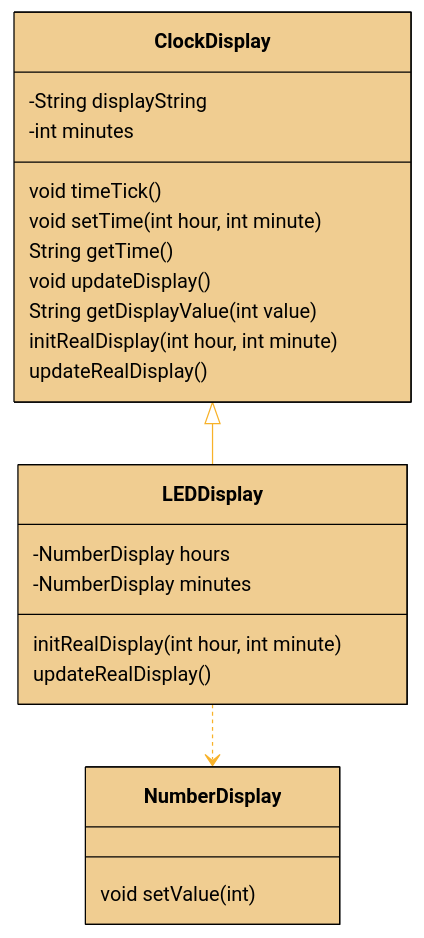
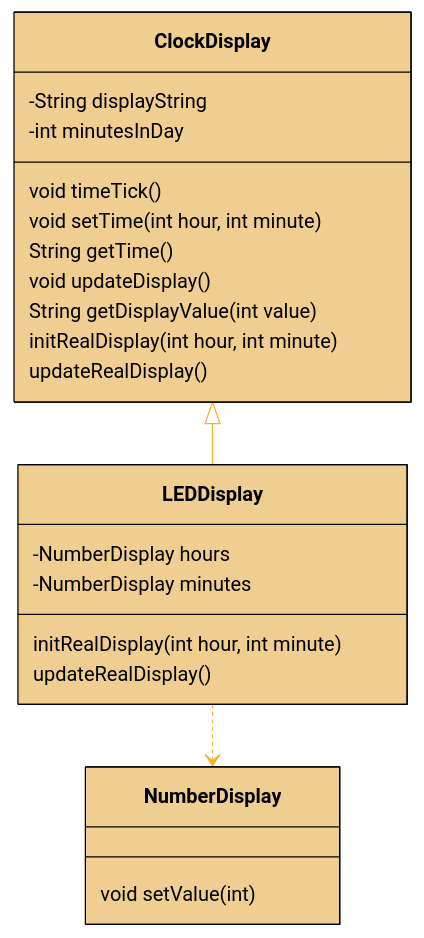
Before and after one commit to bkleinen/bkleinen.github.io: the first of 8 diagrams in hugo/content/material/info1/clock_display_refactoring/led_display.md, drawn with Mermaid. The commit also changed other lines of this file and 4 other files, not shown here.

````diff
--- a/hugo/content/material/info1/clock_display_refactoring/led_display.md
+++ b/hugo/content/material/info1/clock_display_refactoring/led_display.md
@@ -16,44 +16,44 @@
 ```mermaid
 %%{
   init: {
     'theme': 'base',
     'themeVariables': {
       'primaryColor': '#f0cd91', 
       'primaryTextColor': '#000',
       'primaryBorderColor': '#000',
       'lineColor': '#F8B229',
       'secondaryColor': '#006100',
       'tertiaryColor': '#fff'
     }
   }
 }%%
 classDiagram
     class ClockDisplay
     class LEDDisplay
     class NumberDisplay
     ClockDisplay <|-- LEDDisplay
     LEDDisplay ..> NumberDisplay
     
 
     class ClockDisplay{
       -String displayString
-      -int minutes
+      -int minutesInDay
       void timeTick()
       void setTime(int hour, int minute)
       String getTime()
       void updateDisplay()
       String getDisplayValue(int value)
       initRealDisplay(int hour, int minute)
       updateRealDisplay()
 
     }
     class LEDDisplay{
       -NumberDisplay hours
       -NumberDisplay minutes
       initRealDisplay(int hour, int minute)
       updateRealDisplay()
     }
 
     NumberDisplay: void setValue(int)
     
 ```
````
